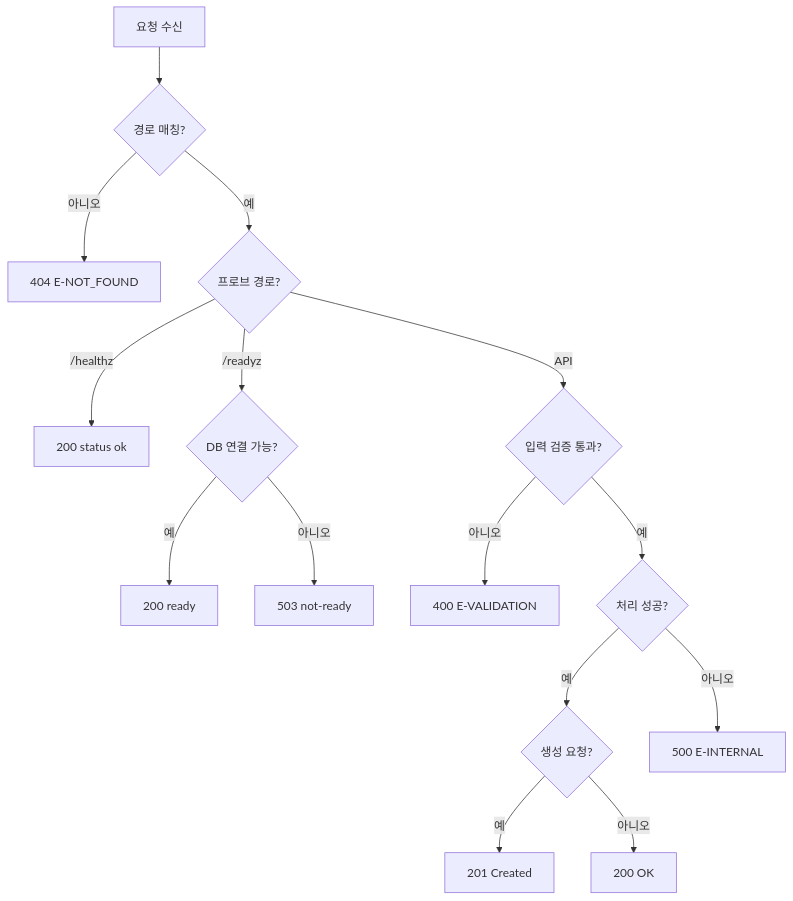
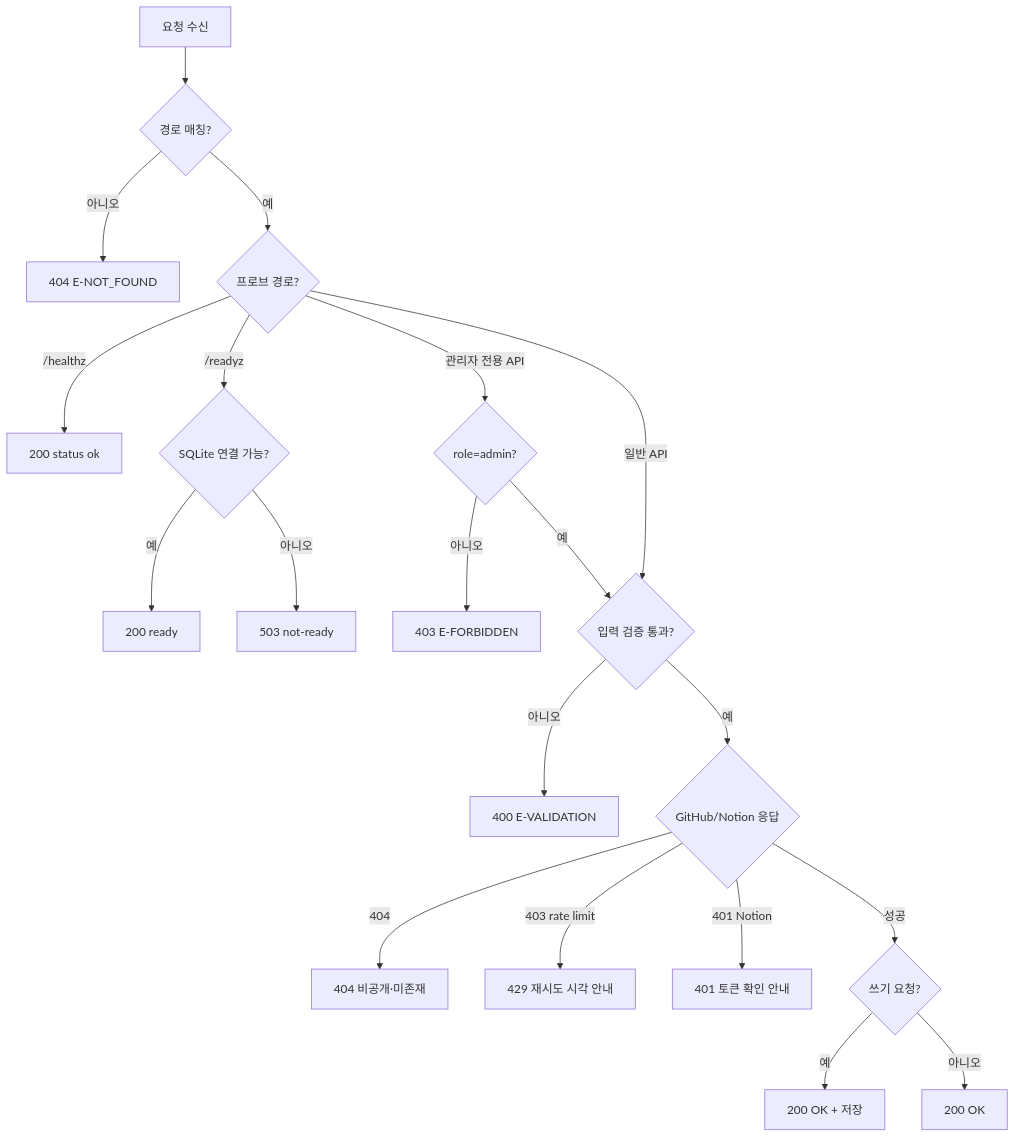
Before and after one commit to kyum22n/advanced-cloud-developer: the diagram in 설계/공통/03_REST_API_설계서.md, drawn with Mermaid. The commit also changed other lines of this file and 591 other files, not shown here.

````diff
--- a/설계/공통/03_REST_API_설계서.md
+++ b/설계/공통/03_REST_API_설계서.md
@@ -191,17 +219,22 @@
 ```mermaid
 flowchart TD
     A[요청 수신] --> B{경로 매칭?}
     B -->|아니오| N404[404 E-NOT_FOUND]
     B -->|예| C{프로브 경로?}
     C -->|/healthz| OK200[200 status ok]
-    C -->|/readyz| D{DB 연결 가능?}
+    C -->|/readyz| D{SQLite 연결 가능?}
     D -->|예| R200[200 ready]
     D -->|아니오| R503[503 not-ready]
-    C -->|API| E{입력 검증 통과?}
-    E -->|아니오| V400[400 E-VALIDATION]
-    E -->|예| F{처리 성공?}
-    F -->|예| G{생성 요청?}
-    G -->|예| C201[201 Created]
-    G -->|아니오| S200[200 OK]
-    F -->|아니오| I500[500 E-INTERNAL]
+    C -->|관리자 전용 API| RA{role=admin?}
+    RA -->|아니오| F403[403 E-FORBIDDEN]
+    RA -->|예| G
+    C -->|일반 API| G{입력 검증 통과?}
+    G -->|아니오| V400[400 E-VALIDATION]
+    G -->|예| H{GitHub/Notion 응답}
+    H -->|404| GH404[404 비공개·미존재]
+    H -->|403 rate limit| GH429[429 재시도 시각 안내]
+    H -->|401 Notion| N401[401 토큰 확인 안내]
+    H -->|성공| I{쓰기 요청?}
+    I -->|예| S200[200 OK + 저장]
+    I -->|아니오| S200b[200 OK]
 ```
````
